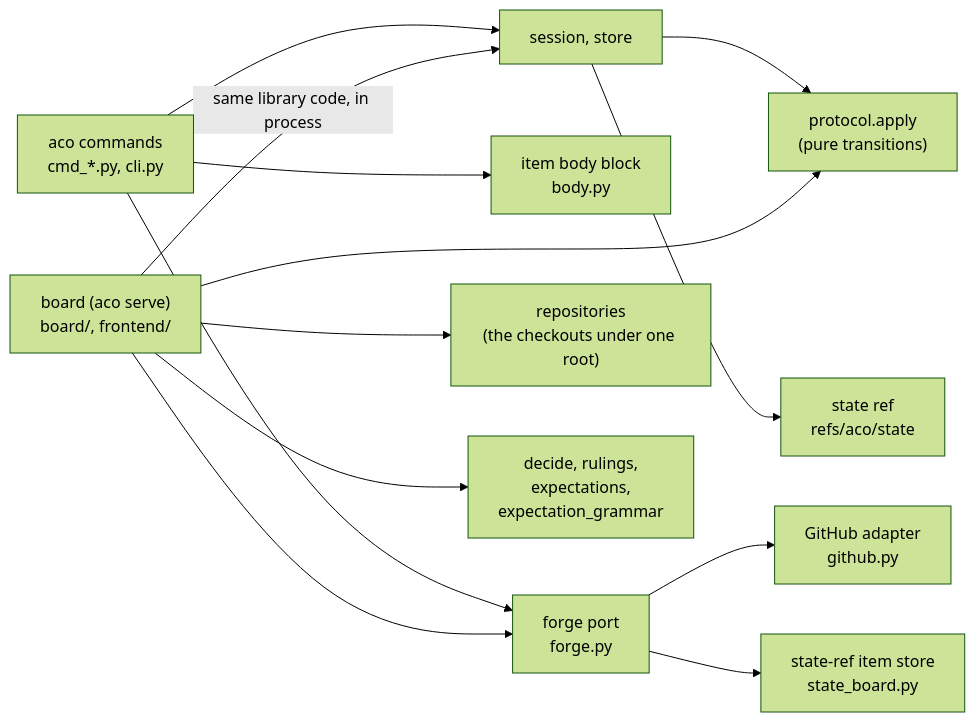
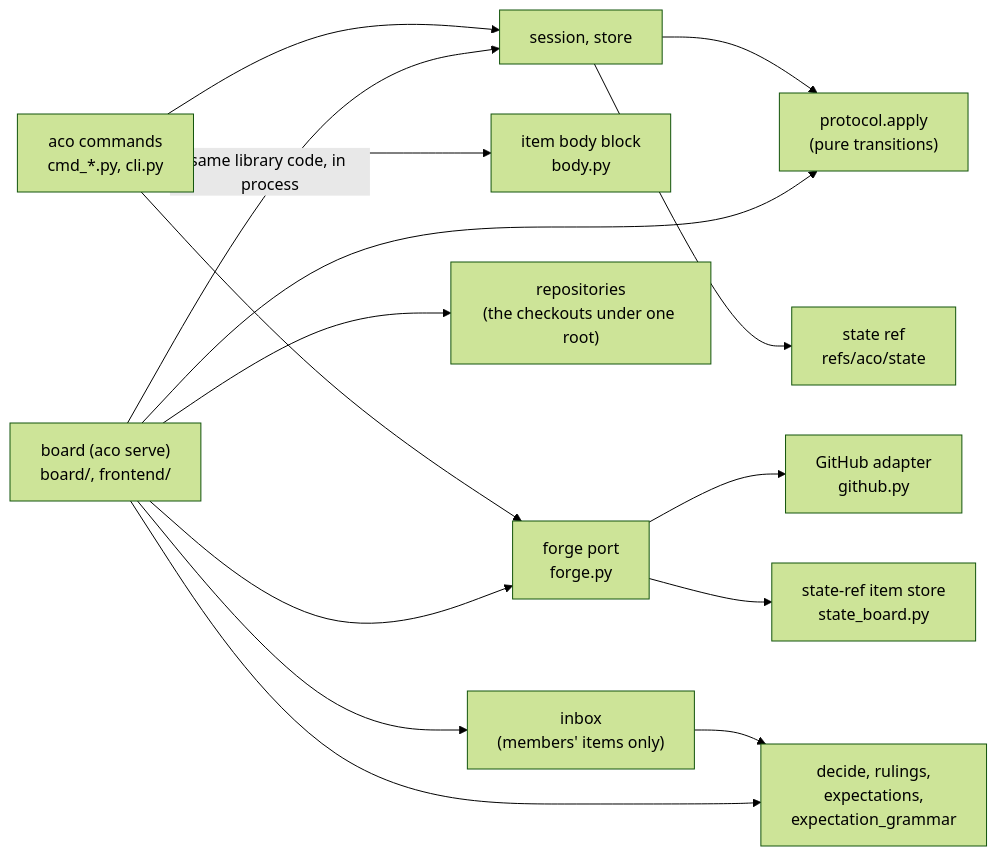
One commit to overnightworks/aco changed the second of 3 diagrams in docs/ARCHITECTURE.md. Above: the diagram before and after it, drawn with Mermaid (forest theme). The commit also changed other lines of this file and 14 other files, not shown here.

First line of the commit message:
Show only cards on items a member of the repository wrote (#717)

````diff
--- a/docs/ARCHITECTURE.md
+++ b/docs/ARCHITECTURE.md
@@ -29,16 +29,18 @@
 ```mermaid
 flowchart LR
     CLI["aco commands<br/>cmd_*.py, cli.py"] --> Session["session, store"]
     Session --> Protocol["protocol.apply<br/>(pure transitions)"]
     Session --> Store["state ref<br/>refs/aco/state"]
     CLI --> Body["item body block<br/>body.py"]
     CLI --> Port["forge port<br/>forge.py"]
     Port --> GitHub["GitHub adapter<br/>github.py"]
     Port --> StateBoard["state-ref item store<br/>state_board.py"]
     Board["board (aco serve)<br/>board/, frontend/"]
     Board --> Repos["repositories<br/>(the checkouts under one root)"]
     Board -->|"same library code, in process"| Session
     Board --> Protocol
     Board --> Port
+    Board --> Inbox["inbox<br/>(members' items only)"]
+    Inbox --> Dec
     Board --> Dec["decide, rulings,<br/>expectations,<br/>expectation_grammar"]
 ```
````
